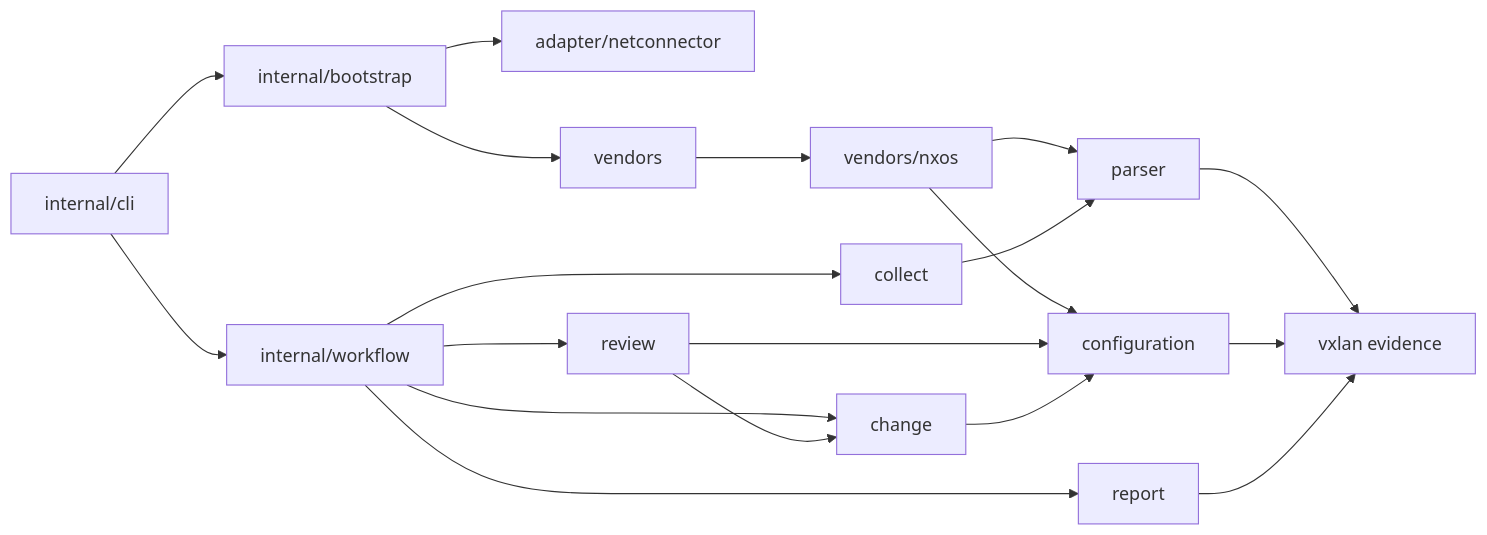
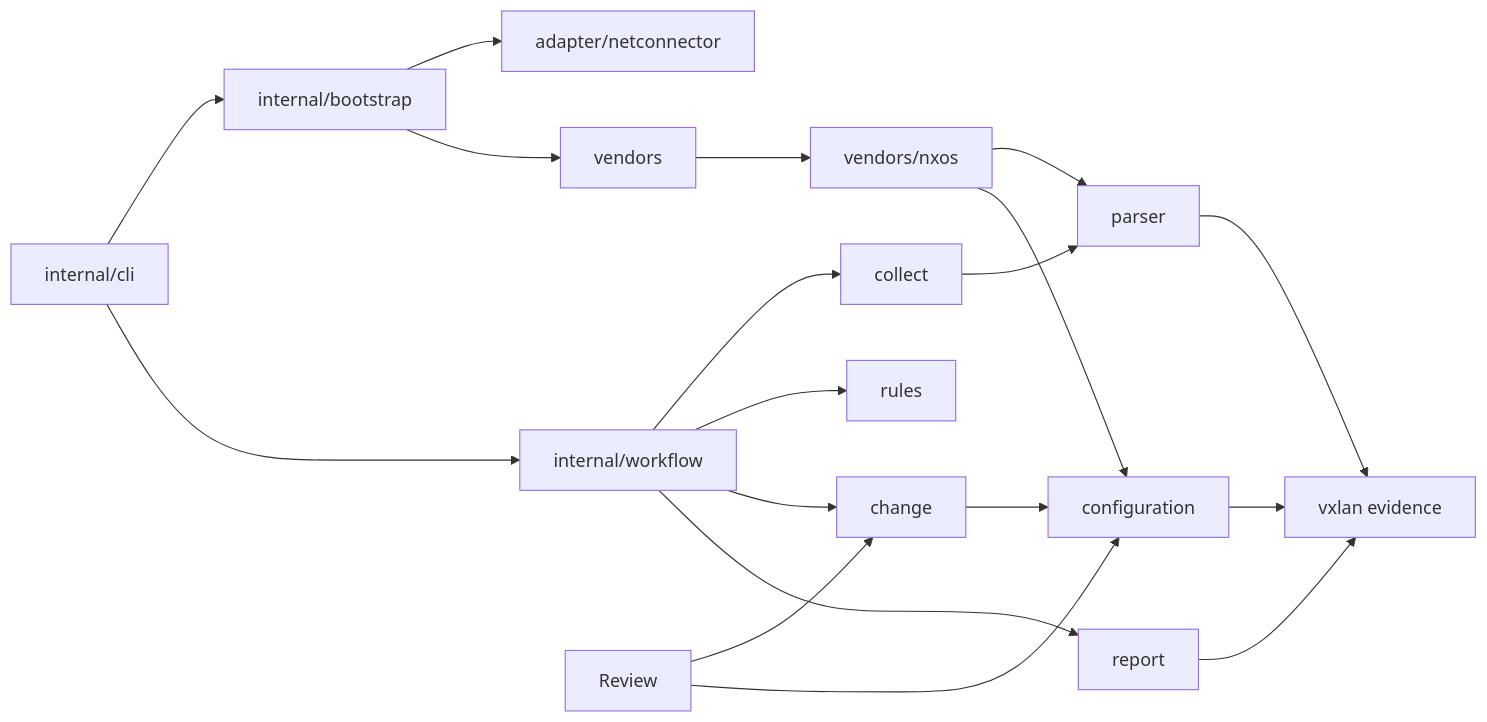
The diagram in docs/architecture.md (gatework/go-vxlan), drawn with Mermaid before and after one commit. The commit also changed other lines of this file and 37 other files, not shown here.

````diff
--- a/docs/architecture.md
+++ b/docs/architecture.md
@@ -28,21 +27,21 @@
 ```mermaid
 flowchart LR
   CLI[internal/cli] --> Bootstrap[internal/bootstrap]
   CLI --> Workflow[internal/workflow]
   Bootstrap --> Adapter[adapter/netconnector]
   Bootstrap --> Vendors[vendors]
   Vendors --> NXOS[vendors/nxos]
   NXOS --> Parser[parser]
   NXOS --> Config[configuration]
   Workflow --> Collect[collect]
-  Workflow --> Review[review]
+  Workflow --> Rules[rules]
   Workflow --> Change[change]
   Workflow --> Report[report]
   Collect --> Parser
   Review --> Change
   Review --> Config
   Change --> Config
   Parser --> Evidence[vxlan evidence]
   Config --> Evidence
   Report --> Evidence
 ```
````
